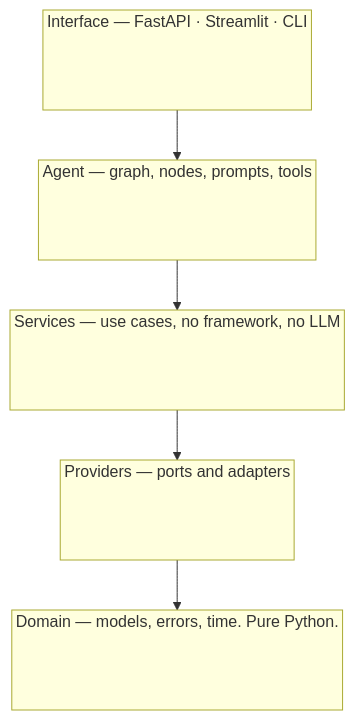
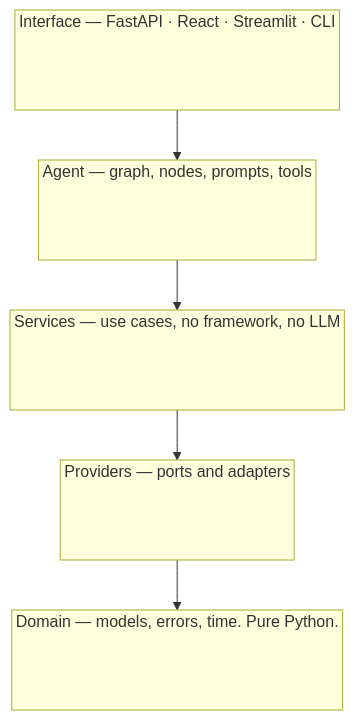
The second of 5 diagrams in docs/ARCHITECTURE.md (Srishanth0902/Task-Pilot), drawn with Mermaid before and after one commit. The commit also changed other lines of this file and 4 other files, not shown here.

````diff
--- a/docs/ARCHITECTURE.md
+++ b/docs/ARCHITECTURE.md
@@ -91,29 +91,29 @@
 ```mermaid
 flowchart TB
-    subgraph L5["Interface — FastAPI · Streamlit · CLI"]
+    subgraph L5["Interface — FastAPI · React · Streamlit · CLI"]
         direction LR
         I1[" "]
     end
     subgraph L4["Agent — graph, nodes, prompts, tools"]
         direction LR
         I2[" "]
     end
     subgraph L3["Services — use cases, no framework, no LLM"]
         direction LR
         I3[" "]
     end
     subgraph L2["Providers — ports and adapters"]
         direction LR
         I4[" "]
     end
     subgraph L1["Domain — models, errors, time. Pure Python."]
         direction LR
         I5[" "]
     end
     L5 --> L4 --> L3 --> L2 --> L1
     style I1 fill:none,stroke:none
     style I2 fill:none,stroke:none
     style I3 fill:none,stroke:none
     style I4 fill:none,stroke:none
     style I5 fill:none,stroke:none
 ```
````
